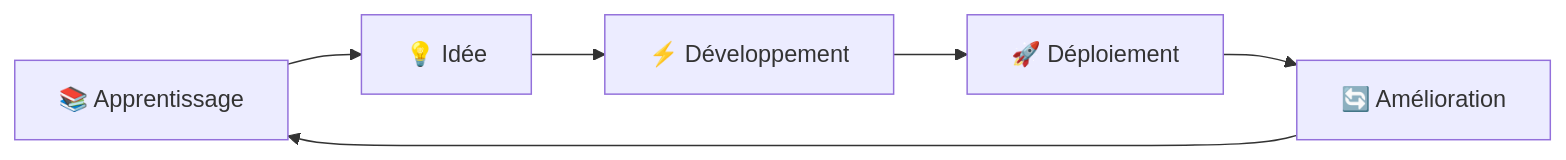
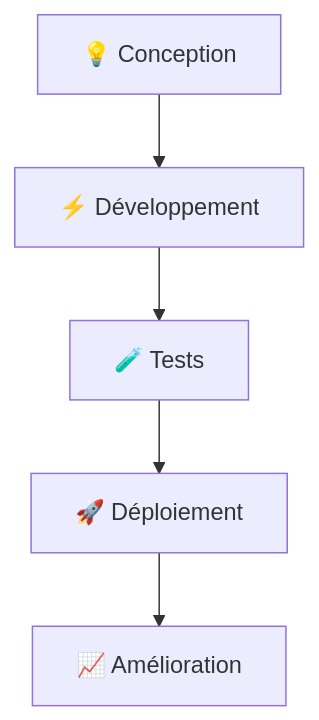
The diagram in README.md (Chrisnac11/Chrisnac11), drawn with Mermaid before and after one commit. The commit also changed other lines of this file, not shown here.

````diff
--- a/README.md
+++ b/README.md
@@ -46,8 +54,7 @@
 ```mermaid
-graph LR
-    A[📚 Apprentissage] --> B[💡 Idée]
-    B --> C[⚡ Développement]
+graph TD
+    A[💡 Conception] --> B[⚡ Développement]
+    B --> C[🧪 Tests]
     C --> D[🚀 Déploiement]
-    D --> E[🔄 Amélioration]
-    E --> A
+    D --> E[📈 Amélioration]
 ```
````
